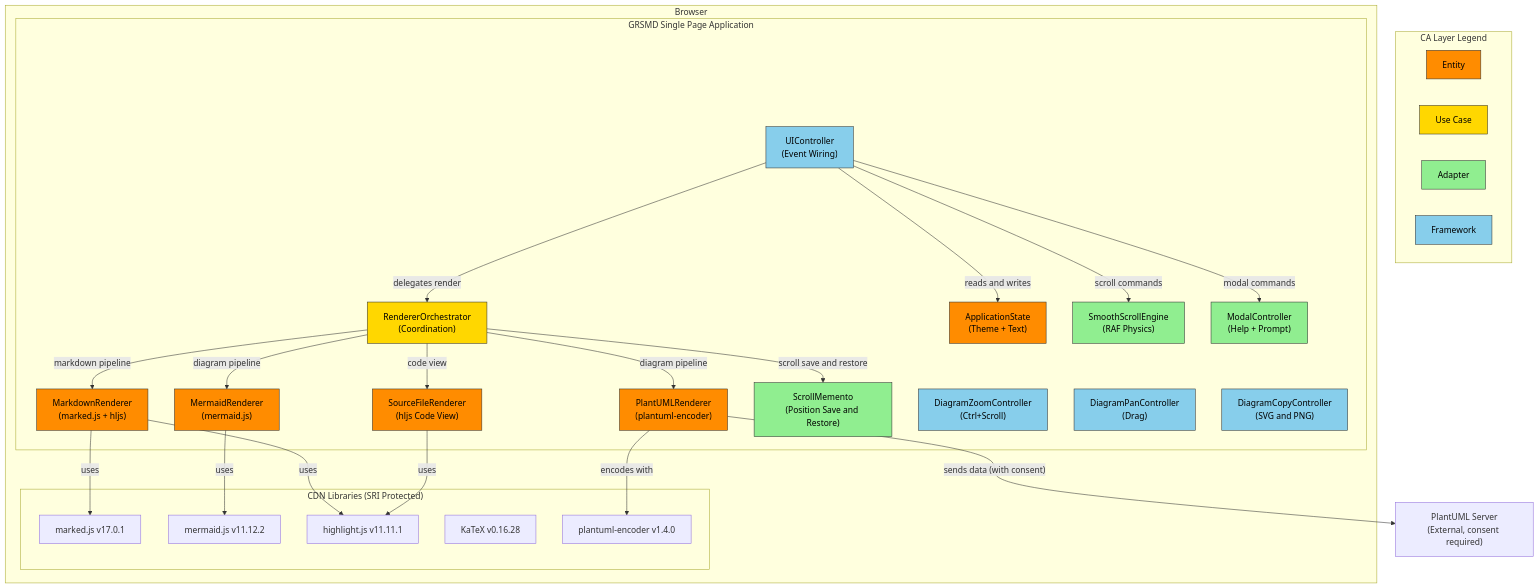
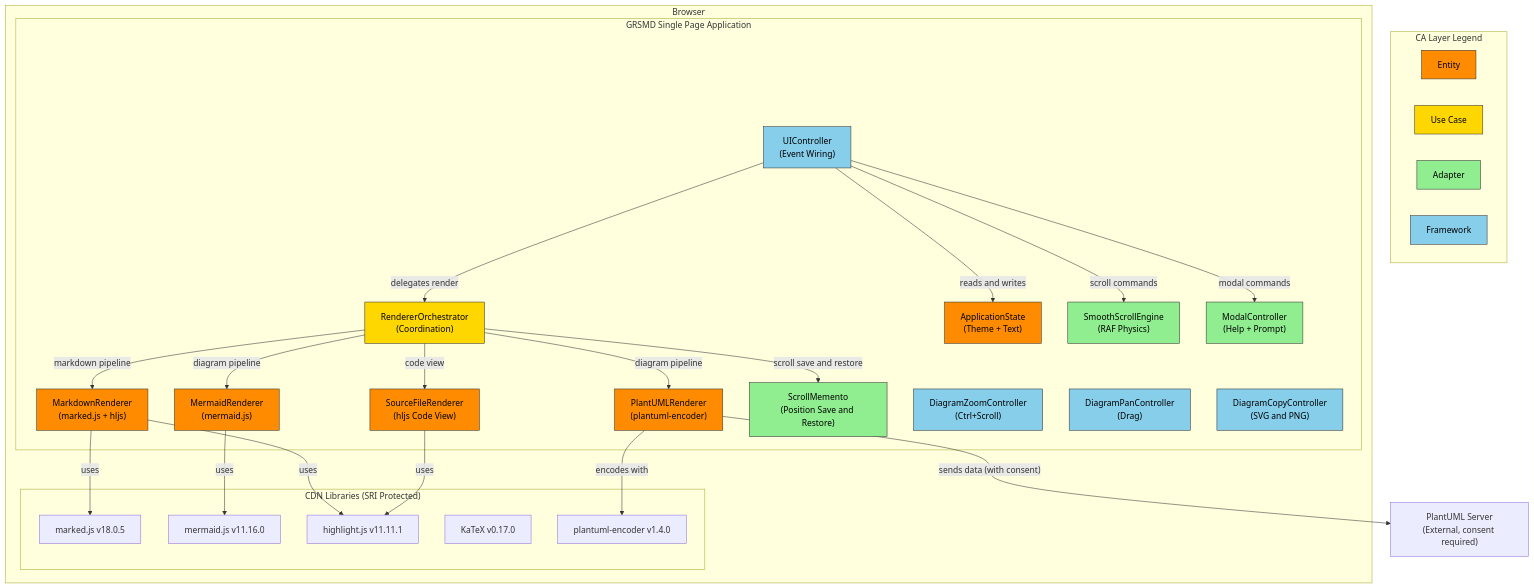
One commit to GoodRelax/gr-simple-md-renderer changed the first of 10 diagrams in spec/grsmd_gen2_spec_ja.md. Above: the diagram before and after it, drawn with Mermaid. The commit also changed other lines of this file and 7 other files, not shown here.

````diff
--- a/spec/grsmd_gen2_spec_ja.md
+++ b/spec/grsmd_gen2_spec_ja.md
@@ -294,57 +296,57 @@
 ```mermaid
 graph TB
     subgraph Legend["CA Layer Legend"]
         direction LR
         L_E["Entity"]:::entity
         L_U["Use Case"]:::usecase
         L_A["Adapter"]:::adapter
         L_F["Framework"]:::framework
     end
 
     subgraph Browser
         subgraph GRSMD_SPA["GRSMD Single Page Application"]
             UI["UIController<br/>(Event Wiring)"]:::framework
             ORCH["RendererOrchestrator<br/>(Coordination)"]:::usecase
             STATE["ApplicationState<br/>(Theme + Text)"]:::entity
             MD["MarkdownRenderer<br/>(marked.js + hljs)"]:::entity
             MERM["MermaidRenderer<br/>(mermaid.js)"]:::entity
             PUML["PlantUMLRenderer<br/>(plantuml-encoder)"]:::entity
             SRC["SourceFileRenderer<br/>(hljs Code View)"]:::entity
             SCROLL["SmoothScrollEngine<br/>(RAF Physics)"]:::adapter
             SMGR["ScrollMemento<br/>(Position Save and Restore)"]:::adapter
             MODAL["ModalController<br/>(Help + Prompt)"]:::adapter
             ZOOM["DiagramZoomController<br/>(Ctrl+Scroll)"]:::framework
             PAN["DiagramPanController<br/>(Drag)"]:::framework
             COPY["DiagramCopyController<br/>(SVG and PNG)"]:::framework
         end
         subgraph CDN_Libs["CDN Libraries (SRI Protected)"]
-            MARKED["marked.js v17.0.1"]
-            MERMAIDJS["mermaid.js v11.12.2"]
+            MARKED["marked.js v18.0.5"]
+            MERMAIDJS["mermaid.js v11.16.0"]
             HLJS["highlight.js v11.11.1"]
-            KATEX["KaTeX v0.16.28"]
+            KATEX["KaTeX v0.17.0"]
             PUMLENC["plantuml-encoder v1.4.0"]
         end
     end
     PUML_SERVER["PlantUML Server<br/>(External, consent required)"]
 
     UI -->|"delegates render"| ORCH
     UI -->|"reads and writes"| STATE
     UI -->|"scroll commands"| SCROLL
     UI -->|"modal commands"| MODAL
     ORCH -->|"markdown pipeline"| MD
     ORCH -->|"diagram pipeline"| MERM
     ORCH -->|"diagram pipeline"| PUML
     ORCH -->|"code view"| SRC
     ORCH -->|"scroll save and restore"| SMGR
     MD -->|"uses"| MARKED
     MD -->|"uses"| HLJS
     MERM -->|"uses"| MERMAIDJS
     SRC -->|"uses"| HLJS
     PUML -->|"encodes with"| PUMLENC
     PUML -->|"sends data (with consent)"| PUML_SERVER
 
     classDef entity fill:#FF8C00,stroke:#333,color:#000
     classDef usecase fill:#FFD700,stroke:#333,color:#000
     classDef adapter fill:#90EE90,stroke:#333,color:#000
     classDef framework fill:#87CEEB,stroke:#333,color:#000
 ```
````
